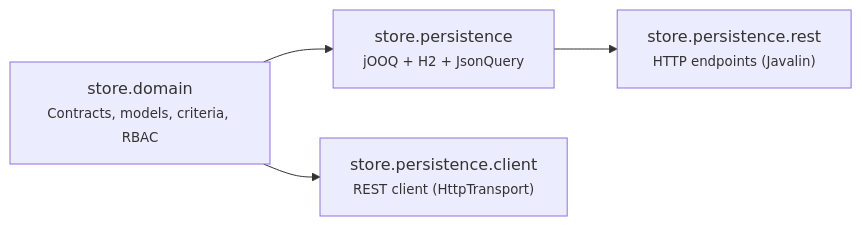
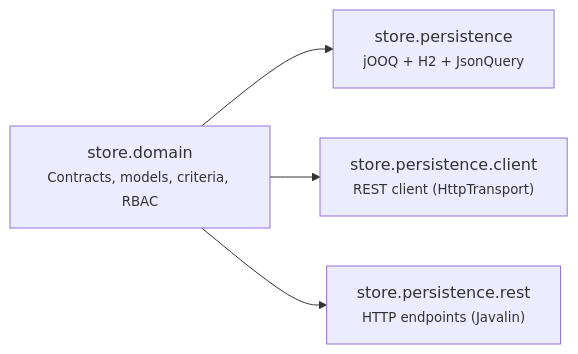
Before and after one commit to mrcdom/wdc-cube-java-v2: the second of 6 diagrams in docs/data-layer.md, drawn with Mermaid. The commit also changed other lines of this file and 50 other files, not shown here.

````diff
--- a/docs/data-layer.md
+++ b/docs/data-layer.md
@@ -65,11 +65,11 @@
 ```mermaid
 graph LR
     domain["store.domain<br/><small>Contracts, models, criteria, RBAC</small>"]
     persistence["store.persistence<br/><small>jOOQ + H2 + JsonQuery</small>"]
     rest["store.persistence.rest<br/><small>HTTP endpoints (Javalin)</small>"]
     client["store.persistence.client<br/><small>REST client (HttpTransport)</small>"]
 
     domain --> persistence
     domain --> client
-    persistence --> rest
+    domain --> rest
 ```
````
